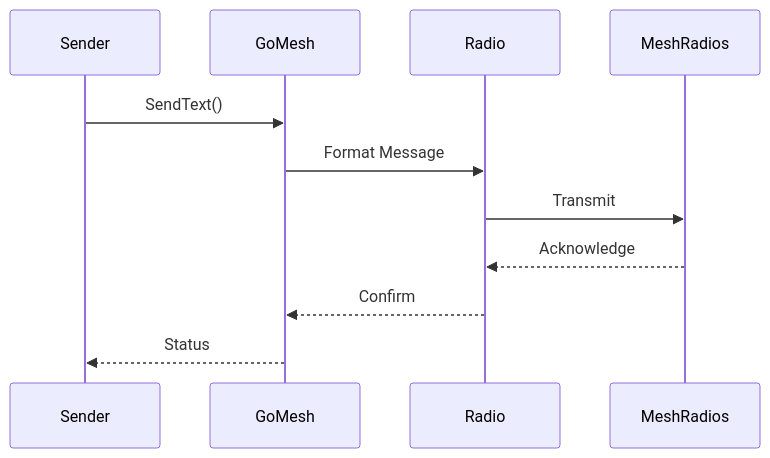
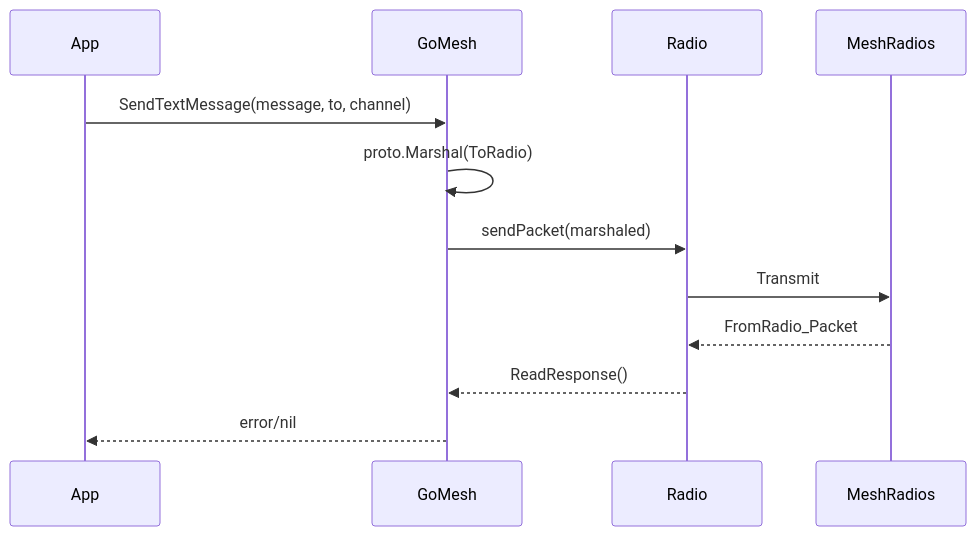
The fourth of 5 diagrams in DESIGN.md (gherlein/goMesh), drawn with Mermaid before and after one commit. The commit also changed other lines of this file, not shown here.

````diff
--- a/DESIGN.md
+++ b/DESIGN.md
@@ -87,14 +87,15 @@
 ```mermaid
 sequenceDiagram
-    participant Sender
+    participant App
     participant GoMesh
     participant Radio
     participant MeshRadios
     
-    Sender->>GoMesh: SendText()
-    GoMesh->>Radio: Format Message
+    App->>GoMesh: SendTextMessage(message, to, channel)
+    GoMesh->>GoMesh: proto.Marshal(ToRadio)
+    GoMesh->>Radio: sendPacket(marshaled)
     Radio->>MeshRadios: Transmit
-    MeshRadios-->>Radio: Acknowledge
-    Radio-->>GoMesh: Confirm
-    GoMesh-->>Sender: Status
+    MeshRadios-->>Radio: FromRadio_Packet
+    Radio-->>GoMesh: ReadResponse()
+    GoMesh-->>App: error/nil
 ```
````
